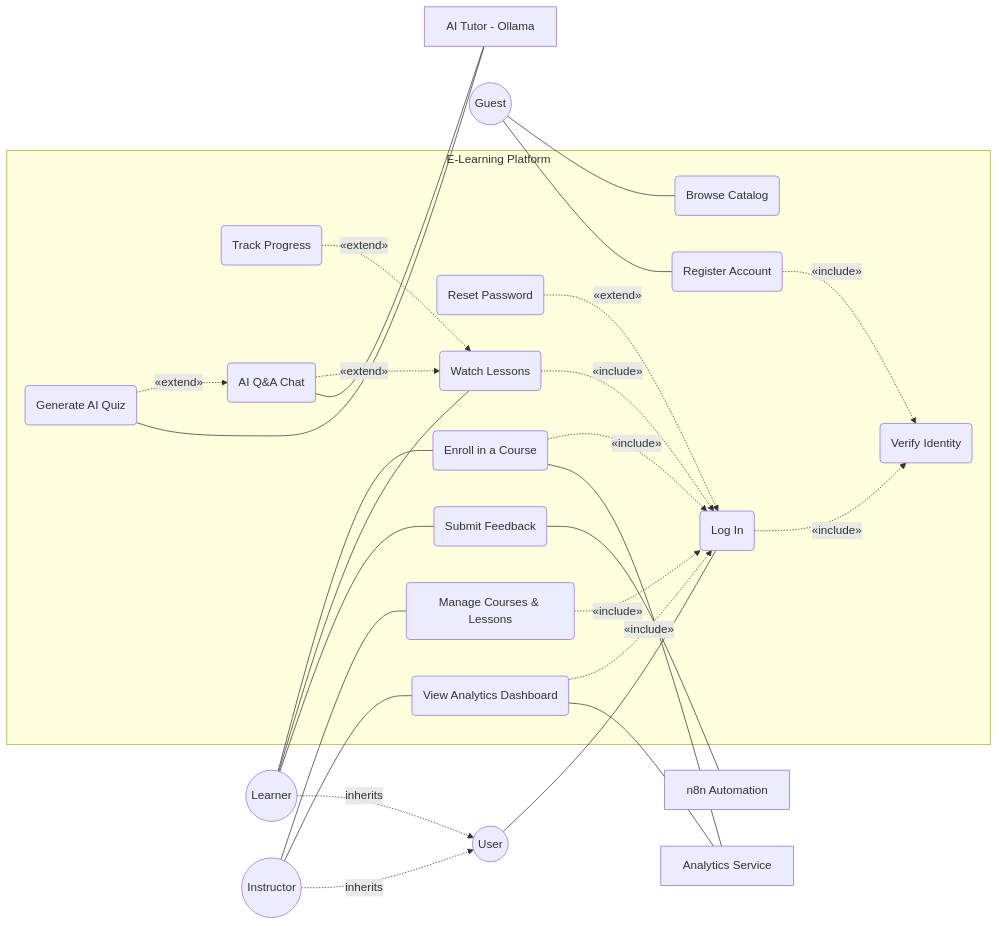
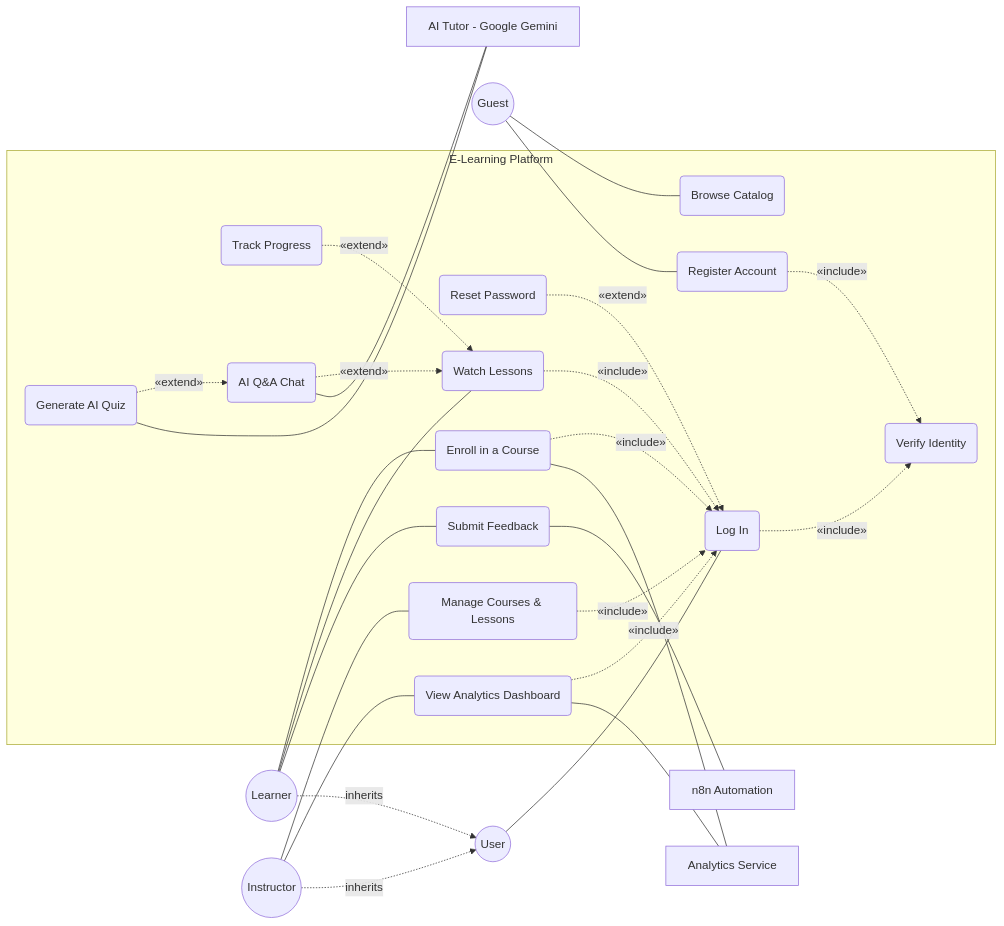
Before and after one commit to Sen-Se1/elearning-microservice-platform: the seventh of 10 diagrams in architecture.md, drawn with Mermaid. The commit also changed other lines of this file and 1 other file, not shown here.

Commit message:
refactor: migrate AI integration from local Ollama to Google Gemini API and update storage configurations

````diff
--- a/architecture.md
+++ b/architecture.md
@@ -211,69 +216,69 @@
 ```mermaid
 flowchart LR
     %% Primary Actors (Left)
     Guest((Guest))
     User((User))
     Learner((Learner))
     Instructor((Instructor))
 
     %% Actor Generalization
     Learner -. "inherits" .-> User
     Instructor -. "inherits" .-> User
 
     subgraph Platform [E-Learning Platform]
         UC_Browse(Browse Catalog)
         UC_Reg(Register Account)
         UC_Login(Log In)
         UC_Verify(Verify Identity)
         UC_Reset(Reset Password)
 
         UC_Enroll(Enroll in a Course)
         UC_Watch(Watch Lessons)
         UC_Track(Track Progress)
 
         UC_Chat(AI Q&A Chat)
         UC_Quiz(Generate AI Quiz)
         UC_Feedback(Submit Feedback)
         
         UC_Manage(Manage Courses & Lessons)
         UC_Analytics(View Analytics Dashboard)
     end
 
     %% Secondary Actors / Systems (Right)
-    Ollama[AI Tutor - Ollama]
+    Gemini[AI Tutor - Google Gemini]
     N8N[n8n Automation]
     AnalyticSvc[Analytics Service]
 
     %% ── Actor to Use Case associations ──
     Guest --- UC_Browse
     Guest --- UC_Reg
     User --- UC_Login
 
     Learner --- UC_Enroll
     Learner --- UC_Watch
     Learner --- UC_Feedback
 
     Instructor --- UC_Manage
     Instructor --- UC_Analytics
 
     %% ── UML Stereotypes (Includes & Extends) ──
     UC_Reg -. "«include»" .-> UC_Verify
     UC_Login -. "«include»" .-> UC_Verify
     UC_Reset -. "«extend»" .-> UC_Login
     
     UC_Enroll -. "«include»" .-> UC_Login
     UC_Watch -. "«include»" .-> UC_Login
     UC_Manage -. "«include»" .-> UC_Login
     UC_Analytics -. "«include»" .-> UC_Login
     
     UC_Track -. "«extend»" .-> UC_Watch
     UC_Chat -. "«extend»" .-> UC_Watch
     UC_Quiz -. "«extend»" .-> UC_Chat
 
     %% ── Use Case to System associations ──
-    UC_Chat --- Ollama
-    UC_Quiz --- Ollama
+    UC_Chat --- Gemini
+    UC_Quiz --- Gemini
     UC_Feedback --- N8N
     UC_Enroll --- AnalyticSvc
     UC_Analytics --- AnalyticSvc
 ```
````
